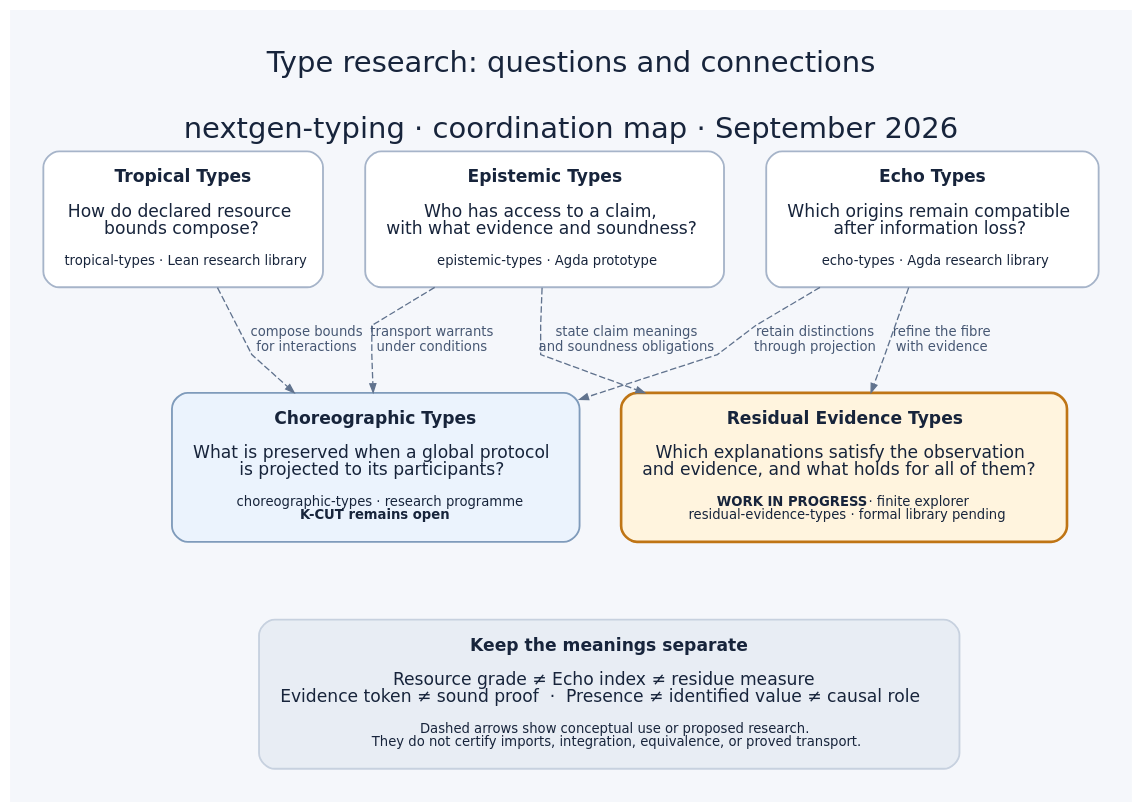
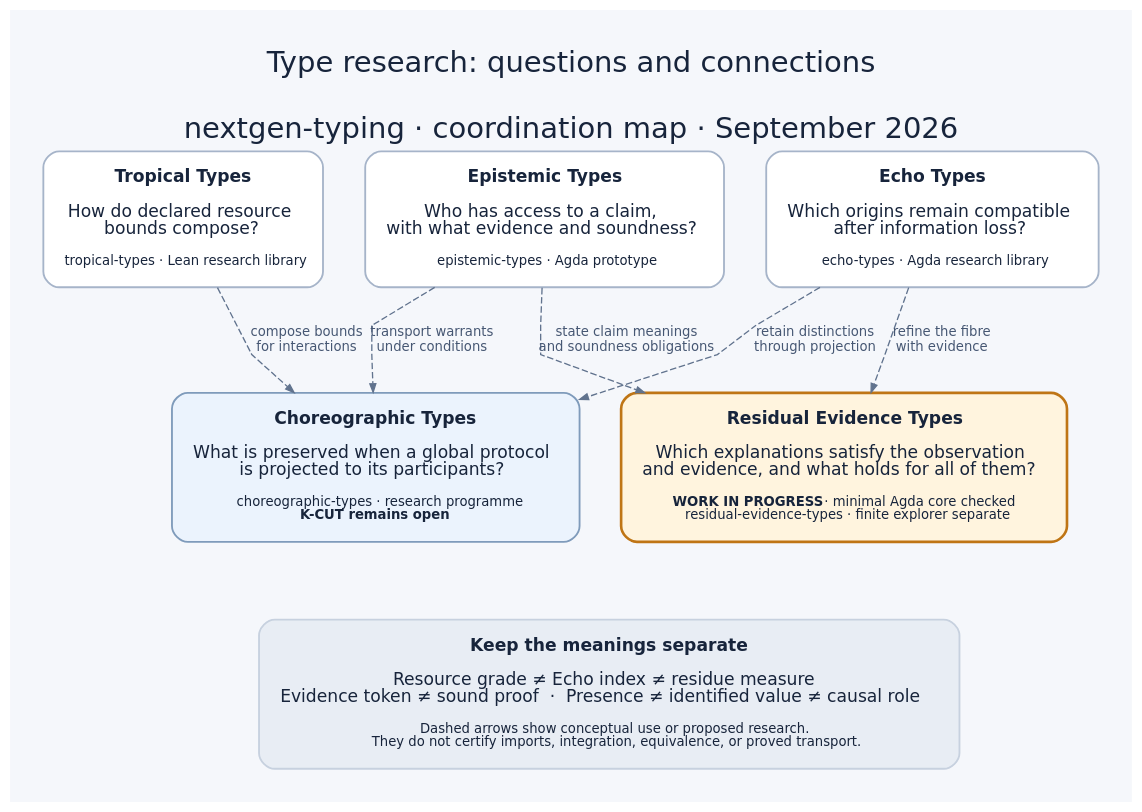
The diagram in docs/images/type-connections.dot (hyperpolymath/nextgen-typing), drawn with Graphviz before and after one commit. The commit also changed 9 other files, not shown here.

Commit message:
Record checked residual core and repair map PR validation

```diff
--- a/docs/images/type-connections.dot
+++ b/docs/images/type-connections.dot
@@ -1,42 +1,42 @@
 // SPDX-License-Identifier: CC-BY-SA-4.0
 // SPDX-FileCopyrightText: 2026 Jonathan D.A. Jewell <j.d.a.jewell@open.ac.uk>
 digraph TypeConnections {
   graph [rankdir=TB, bgcolor="#f5f7fb", pad="0.35", nodesep="0.45", ranksep="0.8", splines=polyline,
     fontname="DejaVu Sans", fontsize=22, fontcolor="#17243b", labelloc=t,
     label="Type research: questions and connections\n\nnextgen-typing · coordination map · September 2026",
     comment="SPDX-License-Identifier: CC-BY-SA-4.0; SPDX-FileCopyrightText: 2026 Jonathan D.A. Jewell"];
   node [shape=box, style="rounded,filled", fillcolor="#ffffff", color="#a6b4c9",
     fontname="DejaVu Sans", fontsize=13, fontcolor="#17243b", margin="0.22,0.2", penwidth=1.4];
   edge [style=dashed, color="#61738e", fontcolor="#465773", fontname="DejaVu Sans", fontsize=10, arrowsize=0.65];
 
   subgraph foundations {
     rank=same;
     echo [label=<<B>Echo Types</B><BR/><BR/>Which origins remain compatible<BR/>after information loss?<BR/><BR/><FONT POINT-SIZE="10">echo-types · Agda research library</FONT>>,
       URL="https://github.com/hyperpolymath/echo-types"];
     epistemic [label=<<B>Epistemic Types</B><BR/><BR/>Who has access to a claim,<BR/>with what evidence and soundness?<BR/><BR/><FONT POINT-SIZE="10">epistemic-types · Agda prototype</FONT>>,
       URL="https://github.com/hyperpolymath/epistemic-types"];
     tropical [label=<<B>Tropical Types</B><BR/><BR/>How do declared resource<BR/>bounds compose?<BR/><BR/><FONT POINT-SIZE="10">tropical-types · Lean research library</FONT>>,
       URL="https://github.com/hyperpolymath/tropical-types"];
   }
 
   subgraph research {
     rank=same;
     residual [color="#bf7515", fillcolor="#fff4de", penwidth=2,
-      label=<<B>Residual Evidence Types</B><BR/><BR/>Which explanations satisfy the observation<BR/>and evidence, and what holds for all of them?<BR/><BR/><FONT POINT-SIZE="10"><B>WORK IN PROGRESS</B> · finite explorer<BR/>residual-evidence-types · formal library pending</FONT>>,
+      label=<<B>Residual Evidence Types</B><BR/><BR/>Which explanations satisfy the observation<BR/>and evidence, and what holds for all of them?<BR/><BR/><FONT POINT-SIZE="10"><B>WORK IN PROGRESS</B> · minimal Agda core checked<BR/>residual-evidence-types · finite explorer separate</FONT>>,
       URL="https://github.com/hyperpolymath/residual-evidence-types"];
     choreographic [fillcolor="#ebf3fd", color="#7f9bbb",
       label=<<B>Choreographic Types</B><BR/><BR/>What is preserved when a global protocol<BR/>is projected to its participants?<BR/><BR/><FONT POINT-SIZE="10">choreographic-types · research programme<BR/><B>K-CUT remains open</B></FONT>>,
       URL="https://github.com/hyperpolymath/choreographic-types"];
   }
 
   echo -> residual [label="refine the fibre\nwith evidence"];
   epistemic -> residual [label="state claim meanings\nand soundness obligations"];
   echo -> choreographic [label="retain distinctions\nthrough projection"];
   epistemic -> choreographic [label="transport warrants\nunder conditions"];
   tropical -> choreographic [label="compose bounds\nfor interactions"];
 
   boundaries [shape=box, color="#c7d1df", fillcolor="#e8edf4",
     label=<<B>Keep the meanings separate</B><BR/><BR/>Resource grade &#8800; Echo index &#8800; residue measure<BR/>Evidence token &#8800; sound proof &#160;&#183;&#160; Presence &#8800; identified value &#8800; causal role<BR/><BR/><FONT POINT-SIZE="10">Dashed arrows show conceptual use or proposed research.<BR/>They do not certify imports, integration, equivalence, or proved transport.</FONT>>];
   residual -> boundaries [style=invis];
   choreographic -> boundaries [style=invis];
 }
```
